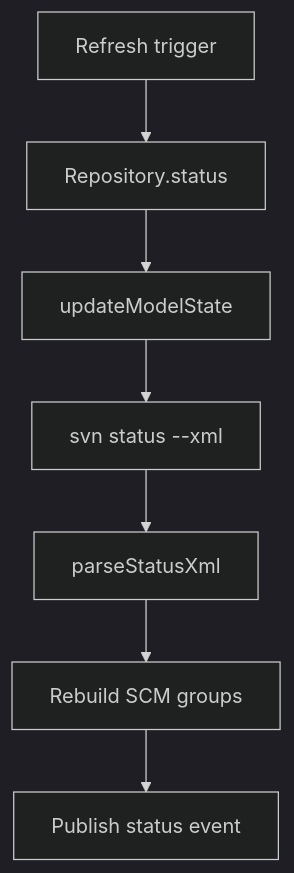
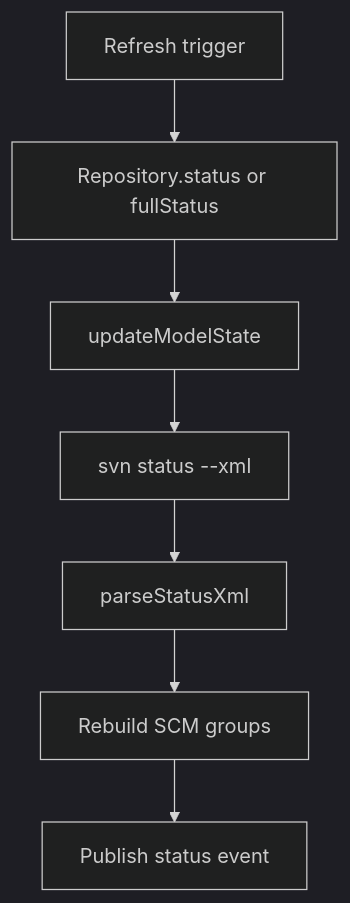
One commit to AntonM030481/svn-scm changed the diagram in docs/status-and-refresh.md. Above: the diagram before and after it, drawn with Mermaid (dark theme). The commit also changed other lines of this file and 4 other files, not shown here.

````diff
--- a/docs/status-and-refresh.md
+++ b/docs/status-and-refresh.md
@@ -21,9 +21,9 @@
 ```mermaid
 flowchart TD
-    T[Refresh trigger] --> R[Repository.status]
+    T[Refresh trigger] --> R[Repository.status or fullStatus]
     R --> M[updateModelState]
     M --> S[svn status --xml]
     S --> P[parseStatusXml]
     P --> G[Rebuild SCM groups]
     G --> E[Publish status event]
 ```
````
